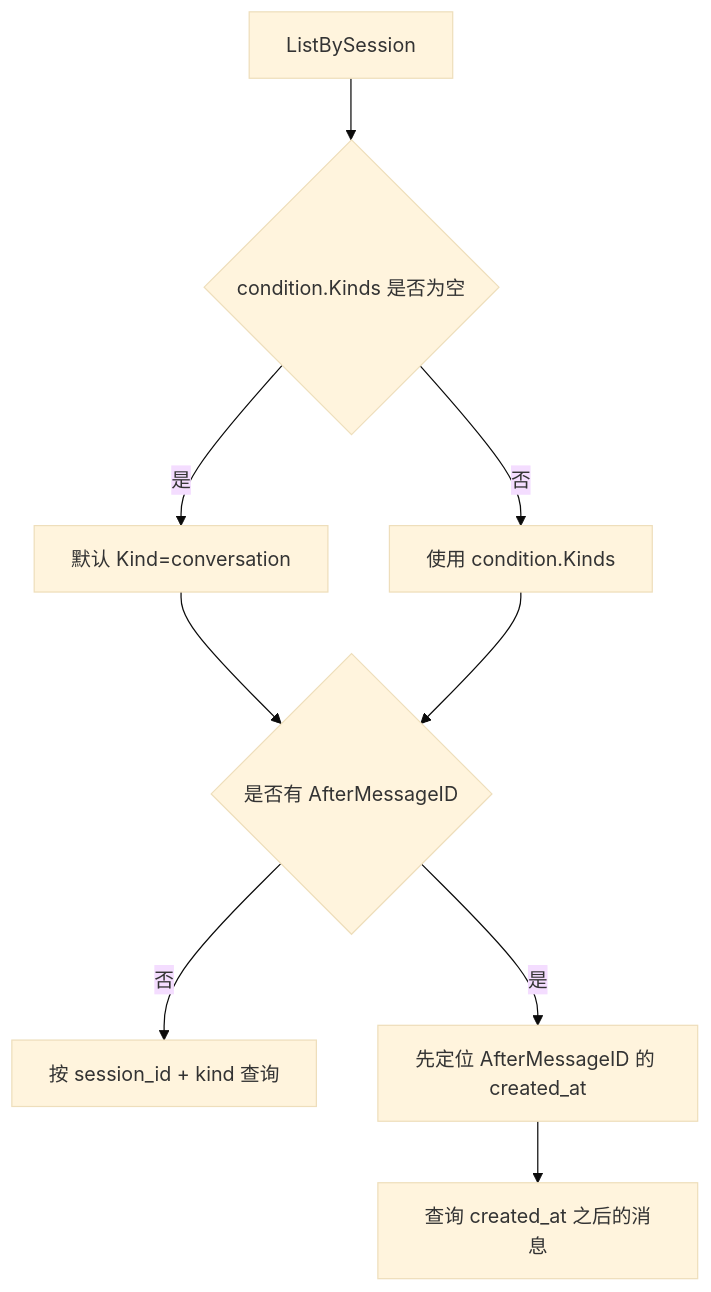
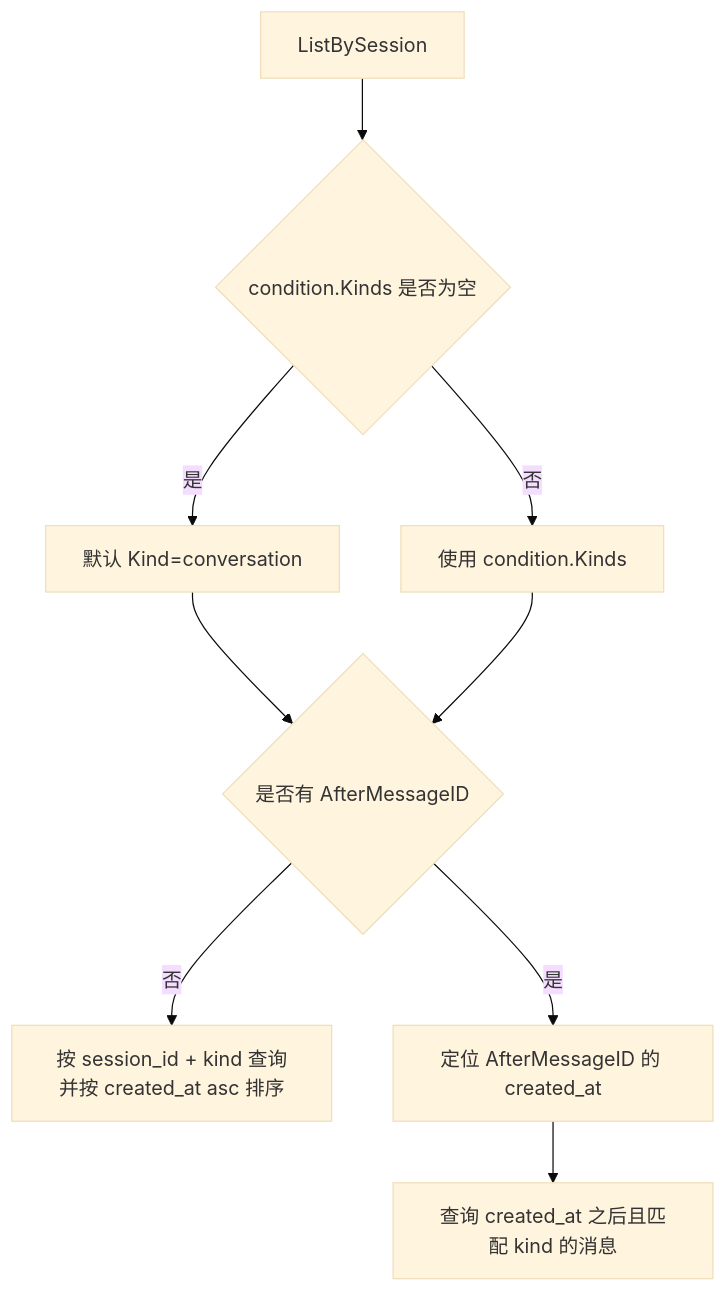
One commit to fengxiaozi-liu/AgentSdk changed the eighth of 8 diagrams in docs/agent-current-issues.md. Above: the diagram before and after it, drawn with Mermaid (base theme). The commit also changed other lines of this file and 1 other file, not shown here.

````diff
--- a/docs/agent-current-issues.md
+++ b/docs/agent-current-issues.md
@@ -229,11 +303,11 @@
 ```mermaid
 flowchart TD
     A[ListBySession] --> B{condition.Kinds 是否为空}
     B -- 是 --> C[默认 Kind=conversation]
     B -- 否 --> D[使用 condition.Kinds]
     C --> E{是否有 AfterMessageID}
     D --> E
-    E -- 否 --> F[按 session_id + kind 查询]
-    E -- 是 --> G[先定位 AfterMessageID 的 created_at]
-    G --> H[查询 created_at 之后的消息]
+    E -- 否 --> F[按 session_id + kind 查询并按 created_at asc 排序]
+    E -- 是 --> G[定位 AfterMessageID 的 created_at]
+    G --> H[查询 created_at 之后且匹配 kind 的消息]
 ```
````
